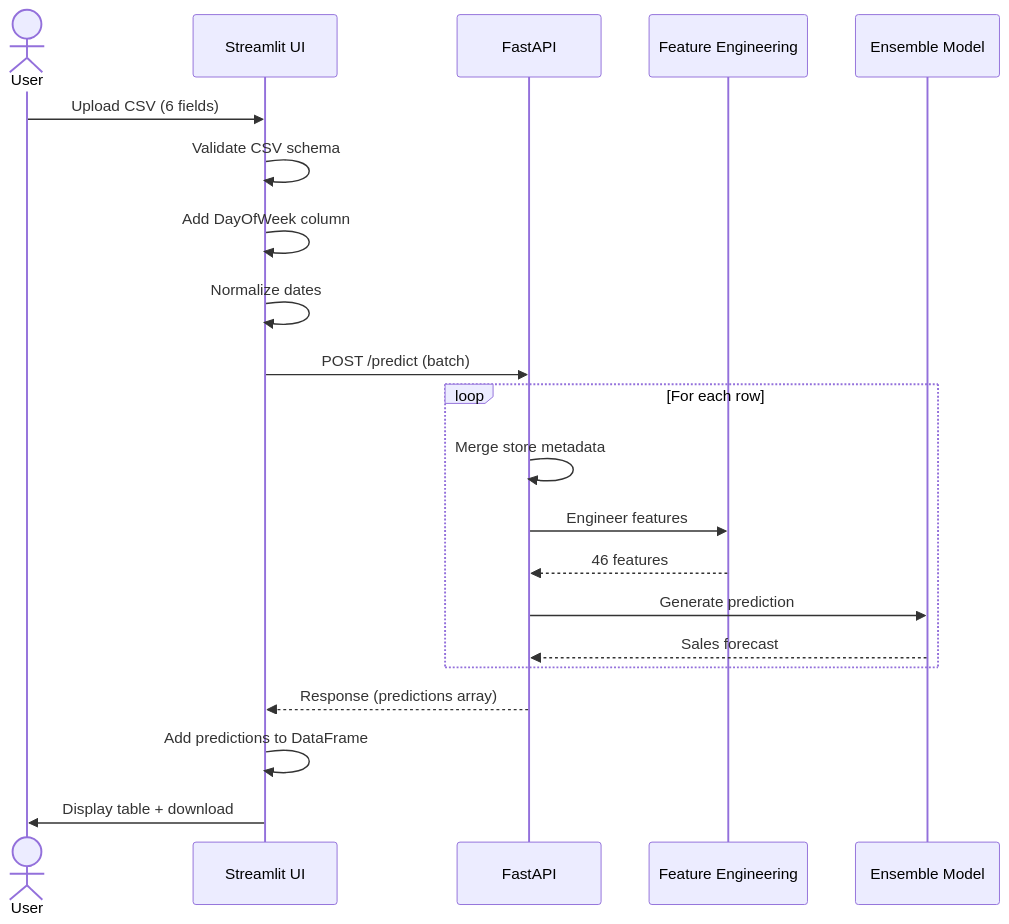
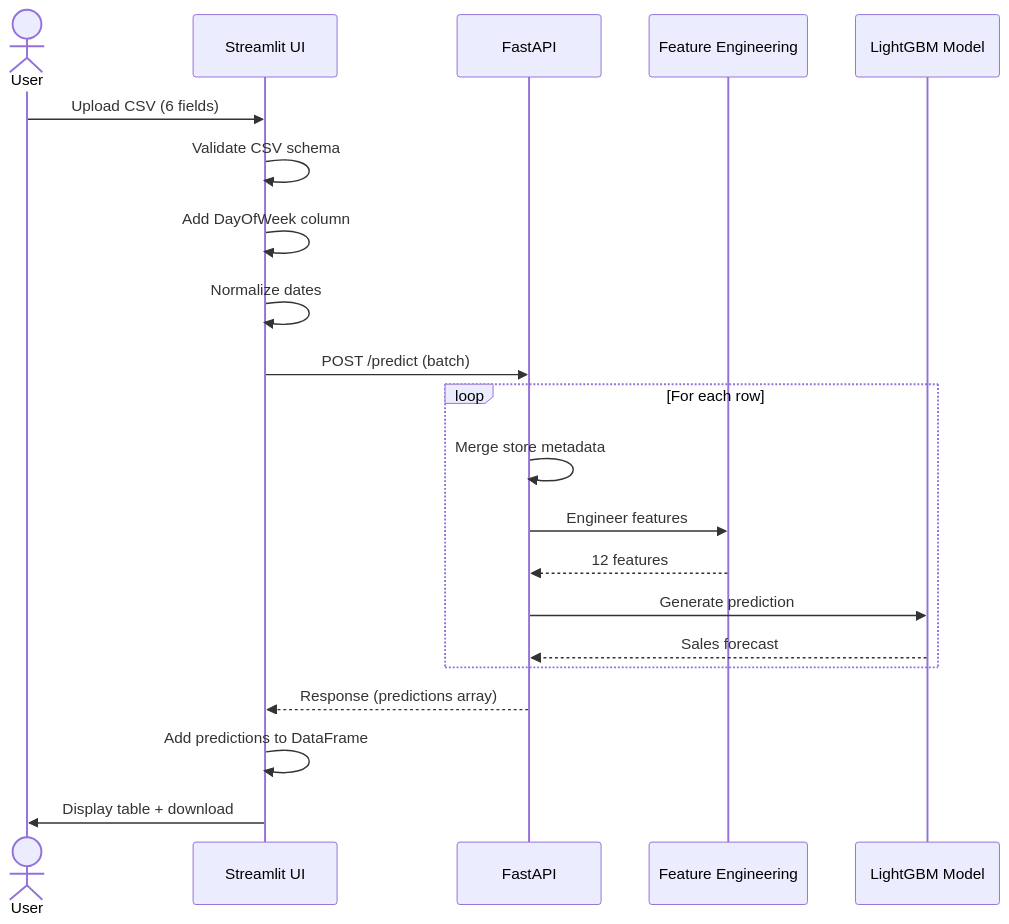
One commit to bradleyboehmke/uc-bana-7075-reference-system changed the third of 3 diagrams in docs/deployment/overview.md. Above: the diagram before and after it, drawn with Mermaid. The commit also changed other lines of this file and 71 other files, not shown here.

First line of the commit message:
REF-04: Simplify to a single LightGBM model

````diff
--- a/docs/deployment/overview.md
+++ b/docs/deployment/overview.md
@@ -169,26 +169,26 @@
 ```mermaid
 sequenceDiagram
     actor User
     participant UI as Streamlit UI
     participant API as FastAPI
     participant FE as Feature Engineering
-    participant Model as Ensemble Model
+    participant Model as LightGBM Model
 
     User->>UI: Upload CSV (6 fields)
     UI->>UI: Validate CSV schema
     UI->>UI: Add DayOfWeek column
     UI->>UI: Normalize dates
     UI->>API: POST /predict (batch)
 
     loop For each row
         API->>API: Merge store metadata
         API->>FE: Engineer features
-        FE-->>API: 46 features
+        FE-->>API: 12 features
         API->>Model: Generate prediction
         Model-->>API: Sales forecast
     end
 
     API-->>UI: Response (predictions array)
     UI->>UI: Add predictions to DataFrame
     UI->>User: Display table + download
 ```
````
